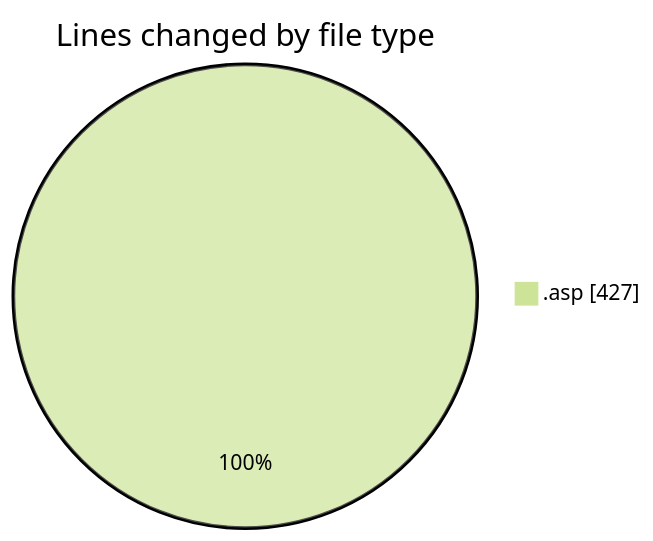
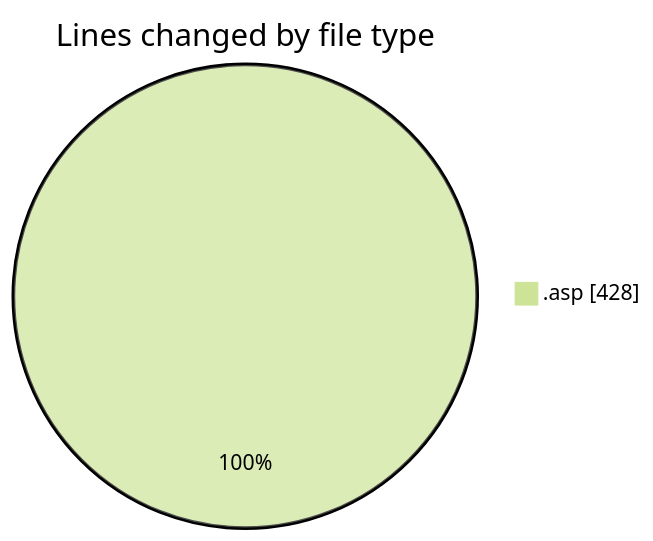
One commit to julien-gomy/code-tracking changed the first of 2 diagrams in 2025-11-15/cdp_aleoudev_fr__workspace_/README.md. Above: the diagram before and after it, drawn with Mermaid (forest theme). The commit also changed other lines of this file and 1 other file, not shown here.

````diff
--- a/2025-11-15/cdp_aleoudev_fr__workspace_/README.md
+++ b/2025-11-15/cdp_aleoudev_fr__workspace_/README.md
@@ -24,5 +25,5 @@
 ```mermaid
 pie showData
 title Lines changed by file type
-".asp" : 427
+".asp" : 428
 ```
````
